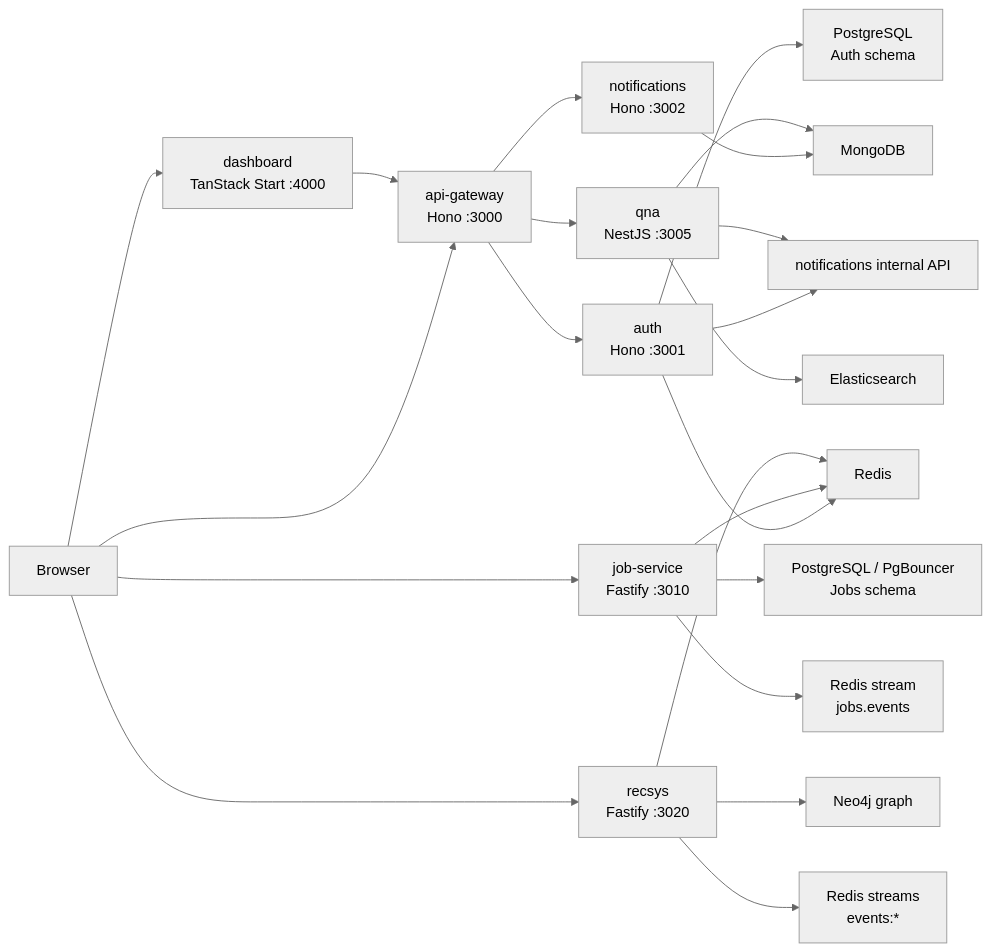
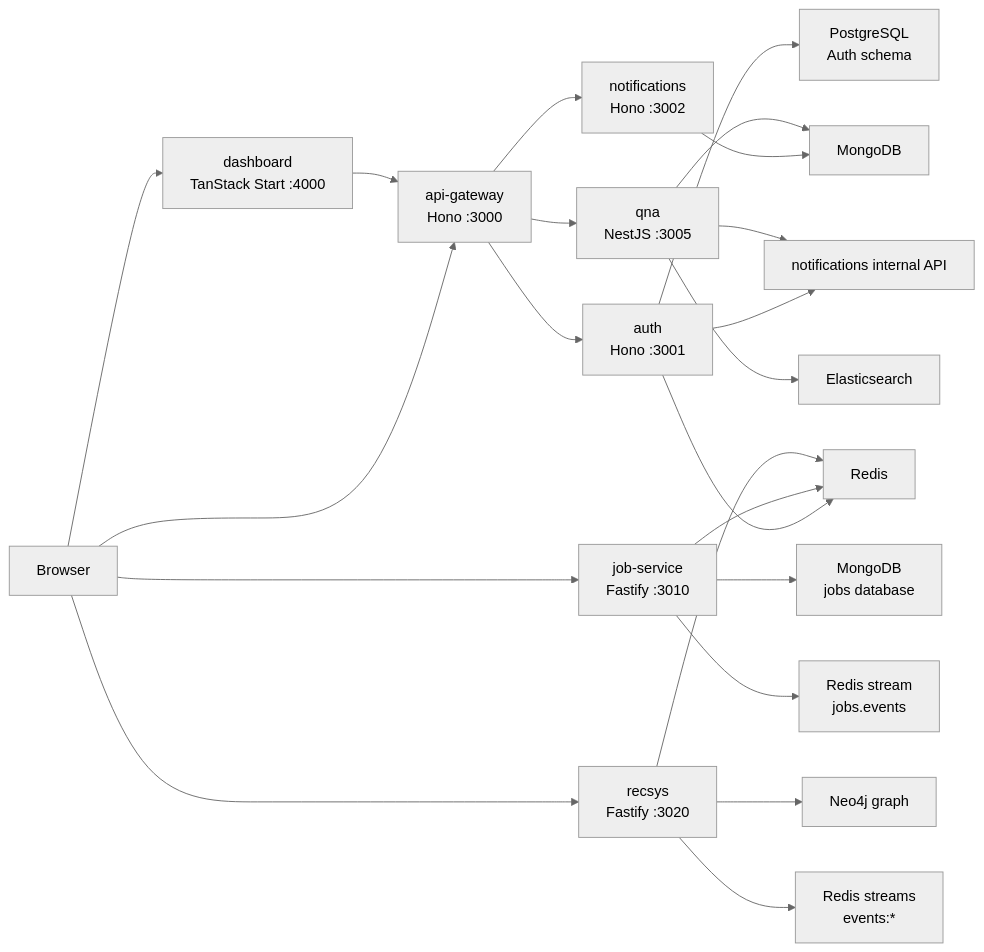
One commit to zgid123/master-project-advanced-database changed the first of 7 diagrams in ARCHITECTURE.md. Above: the diagram before and after it, drawn with Mermaid (neutral theme). The commit also changed other lines of this file and 39 other files, not shown here.

````diff
--- a/ARCHITECTURE.md
+++ b/ARCHITECTURE.md
@@ -17,29 +17,29 @@
 ```mermaid
 flowchart LR
   Browser["Browser"] --> Dashboard["dashboard\nTanStack Start :4000"]
   Browser --> Gateway["api-gateway\nHono :3000"]
   Browser --> Jobs["job-service\nFastify :3010"]
   Browser --> RecSys["recsys\nFastify :3020"]
 
   Dashboard --> Gateway
   Gateway --> Auth["auth\nHono :3001"]
   Gateway --> Notifications["notifications\nHono :3002"]
   Gateway --> Qna["qna\nNestJS :3005"]
 
   Auth --> AuthPg["PostgreSQL\nAuth schema"]
   Auth --> Redis["Redis"]
   Auth --> NotificationsInternal["notifications internal API"]
 
   Notifications --> Mongo["MongoDB"]
   Qna --> Mongo
   Qna --> Elasticsearch["Elasticsearch"]
   Qna --> NotificationsInternal
 
-  Jobs --> JobsPg["PostgreSQL / PgBouncer\nJobs schema"]
+  Jobs --> JobsMongo["MongoDB\njobs database"]
   Jobs --> Redis
   Jobs --> JobsOutbox["Redis stream\njobs.events"]
 
   RecSys --> Neo4j["Neo4j graph"]
   RecSys --> Redis
   RecSys --> RecSysStreams["Redis streams\nevents:*"]
 ```
````
